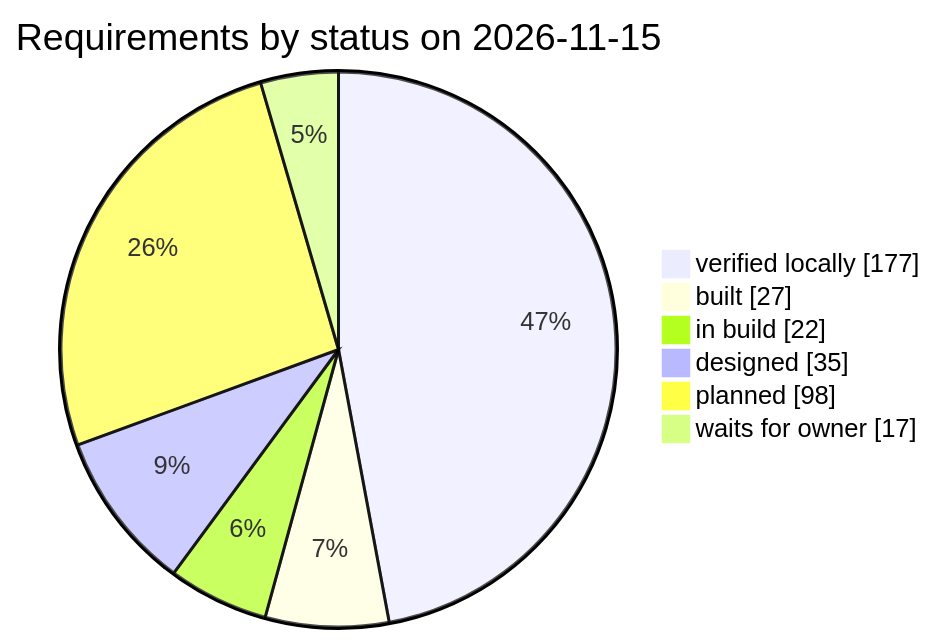
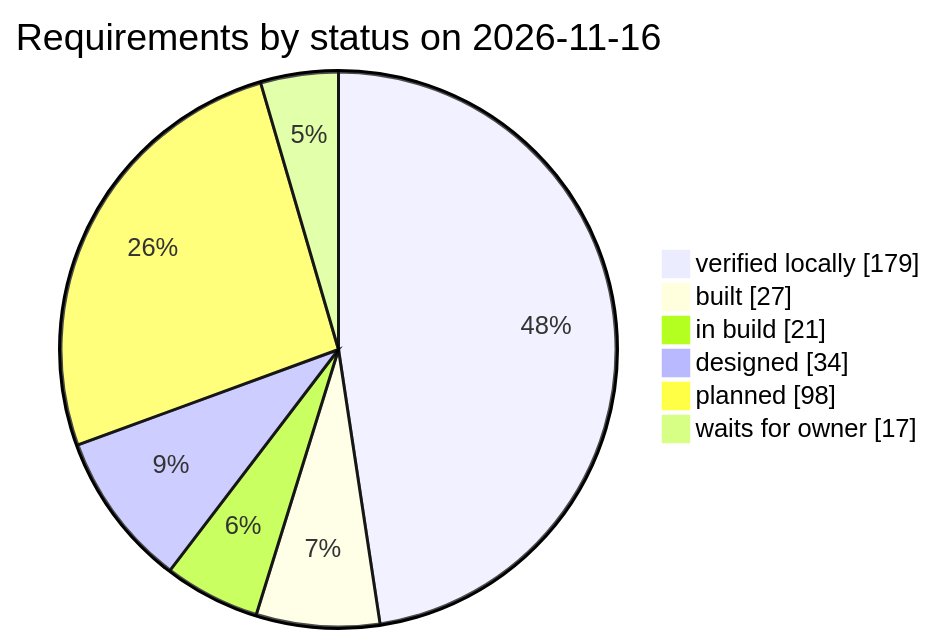
One commit to qa-io-vn/fnb-manager changed the third of 3 diagrams in docs/requirements.md. Above: the diagram before and after it, drawn with Mermaid. The commit also changed other lines of this file and 5 other files, not shown here.

First line of the commit message:
Record phase 10a's verification: verified locally on the real data

````diff
--- a/docs/requirements.md
+++ b/docs/requirements.md
@@ -982,10 +982,10 @@
 ```mermaid
 pie showData
-    title Requirements by status on 2026-11-15
-    "verified locally" : 177
+    title Requirements by status on 2026-11-16
+    "verified locally" : 179
     "built" : 27
-    "in build" : 22
-    "designed" : 35
+    "in build" : 21
+    "designed" : 34
     "planned" : 98
     "waits for owner" : 17
 ```
````
